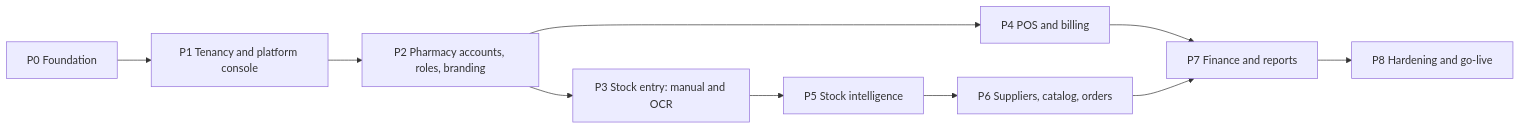
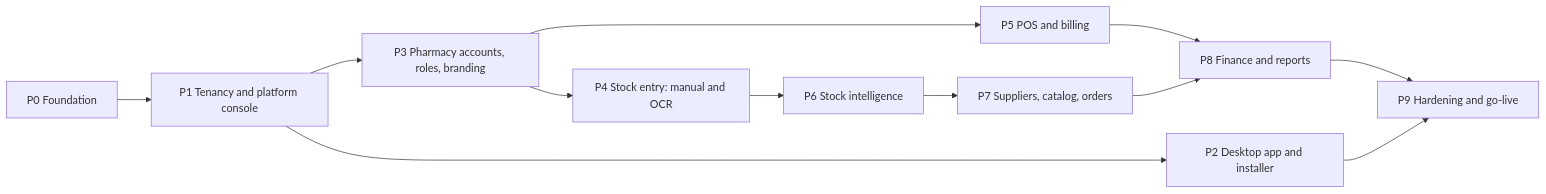
The diagram in docs/plan/05-roadmap.md (sudais-khalid/pharmacy-crm), drawn with Mermaid before and after one commit. The commit also changed other lines of this file and 1 other file, not shown here.

First line of the commit message:
Add desktop app phase and Phase 0 proof of concept

````diff
--- a/docs/plan/05-roadmap.md
+++ b/docs/plan/05-roadmap.md
@@ -9,12 +9,14 @@
 ```mermaid
 flowchart LR
   P0[P0 Foundation] --> P1[P1 Tenancy and platform console]
-  P1 --> P2[P2 Pharmacy accounts, roles, branding]
-  P2 --> P3[P3 Stock entry: manual and OCR]
-  P2 --> P4[P4 POS and billing]
-  P3 --> P5[P5 Stock intelligence]
-  P5 --> P6[P6 Suppliers, catalog, orders]
-  P4 --> P7[P7 Finance and reports]
-  P6 --> P7
-  P7 --> P8[P8 Hardening and go-live]
+  P1 --> P2[P2 Desktop app and installer]
+  P1 --> P3[P3 Pharmacy accounts, roles, branding]
+  P3 --> P4[P4 Stock entry: manual and OCR]
+  P3 --> P5[P5 POS and billing]
+  P4 --> P6[P6 Stock intelligence]
+  P6 --> P7[P7 Suppliers, catalog, orders]
+  P5 --> P8[P8 Finance and reports]
+  P7 --> P8
+  P8 --> P9[P9 Hardening and go-live]
+  P2 --> P9
 ```
````
